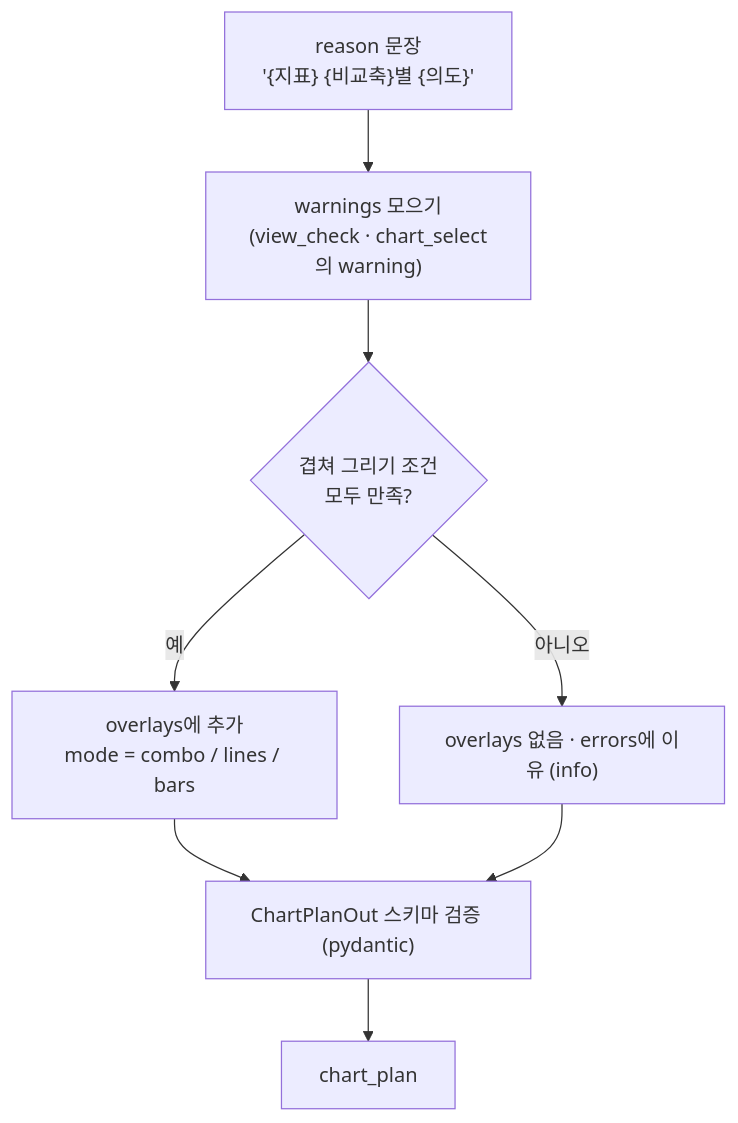
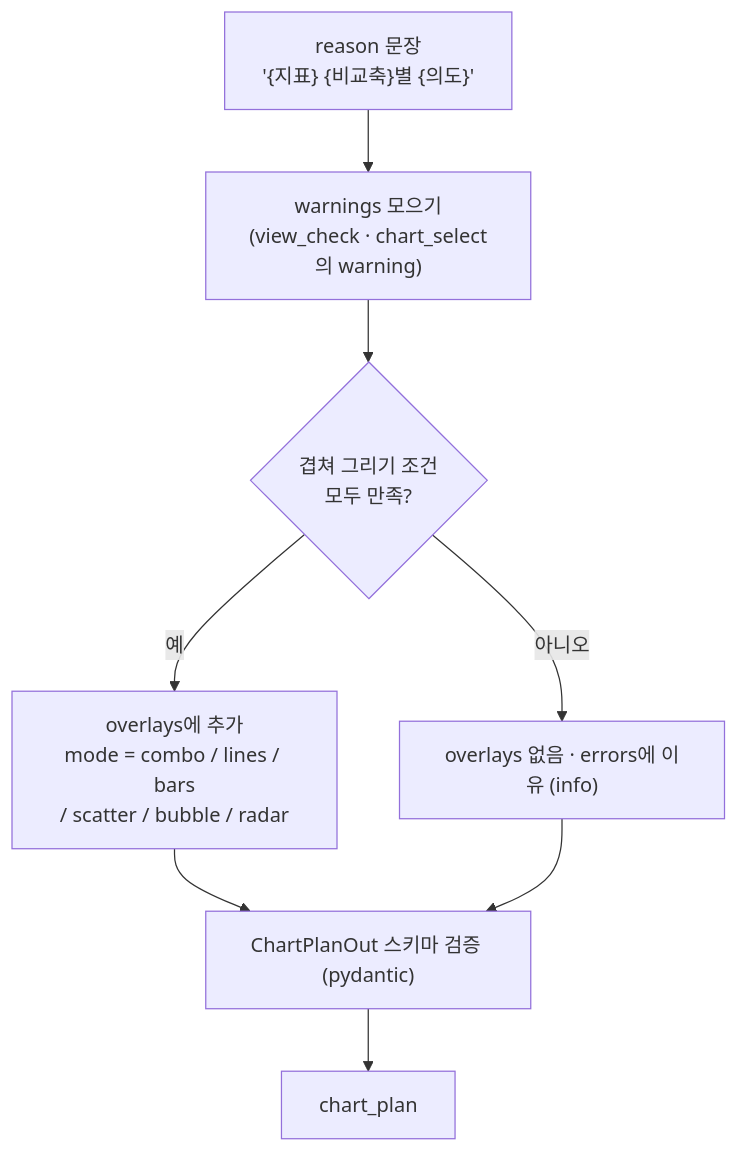
Diagram 12 of 12 in backend/agent/chart_decision/module2_chart_decision.md (T4-Core/t4core-stat-agent), drawn with Mermaid before and after one commit. The commit also changed other lines of this file and 12 other files, not shown here.

````diff
--- a/backend/agent/chart_decision/module2_chart_decision.md
+++ b/backend/agent/chart_decision/module2_chart_decision.md
@@ -547,10 +547,10 @@
 ```mermaid
 flowchart TD
     A["reason 문장<br/>'{지표} {비교축}별 {의도}'"] --> B["warnings 모으기<br/>(view_check · chart_select의 warning)"]
     B --> C{"겹쳐 그리기 조건<br/>모두 만족?"}
-    C -->|예| D["overlays에 추가<br/>mode = combo / lines / bars"]
+    C -->|예| D["overlays에 추가<br/>mode = combo / lines / bars<br/>/ scatter / bubble / radar"]
     C -->|아니오| D2["overlays 없음 · errors에 이유 (info)"]
     D --> V["ChartPlanOut 스키마 검증 (pydantic)"]
     D2 --> V
     V --> O[chart_plan]
 ```
````
